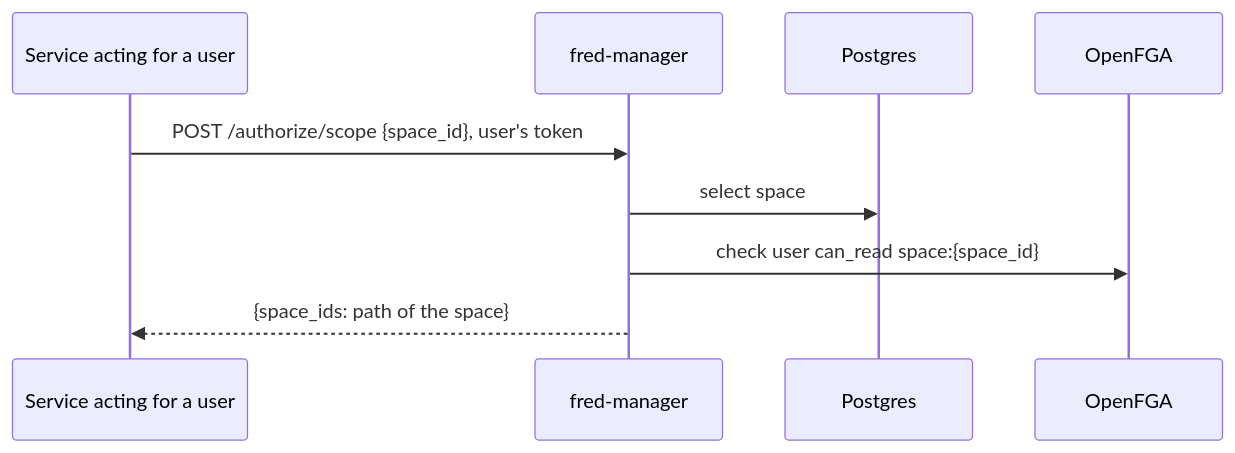
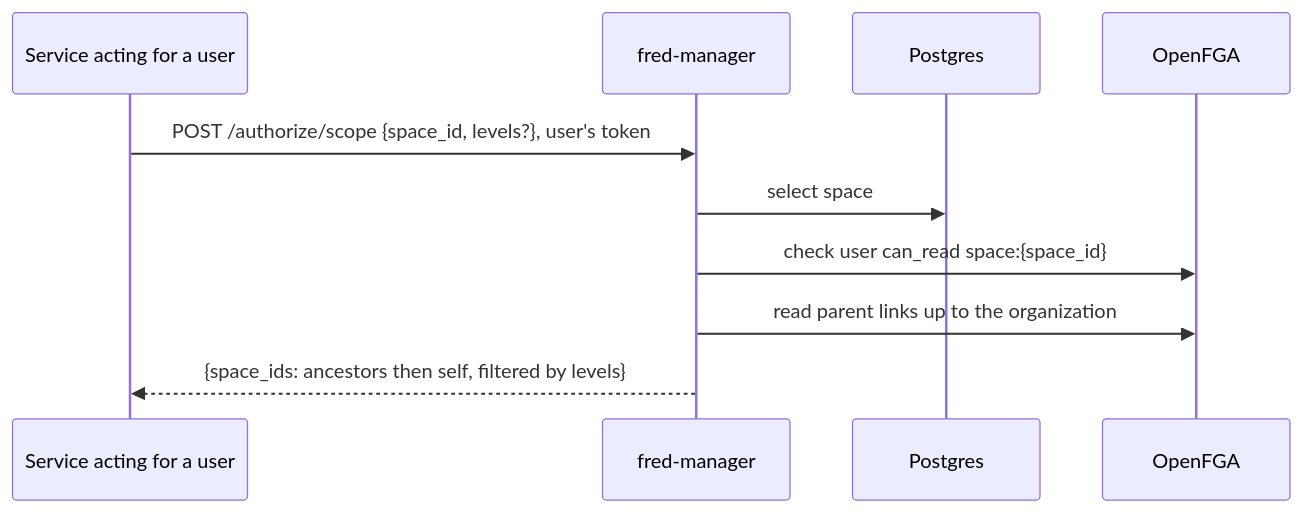
One commit to ThalesGroup/fred changed the fourth of 9 diagrams in docs/architecture/A1-manager-runtime.md. Above: the diagram before and after it, drawn with Mermaid. The commit also changed other lines of this file and 32 other files, not shown here.

First line of the commit message:
feat(#3092): move the space tree to OpenFGA with descending roles

````diff
--- a/docs/architecture/A1-manager-runtime.md
+++ b/docs/architecture/A1-manager-runtime.md
@@ -173,11 +175,12 @@
 ```mermaid
 sequenceDiagram
     participant S as Service acting for a user
     participant M as fred-manager
     participant PG as Postgres
     participant FGA as OpenFGA
-    S->>M: POST /authorize/scope {space_id}, user's token
+    S->>M: POST /authorize/scope {space_id, levels?}, user's token
     M->>PG: select space
     M->>FGA: check user can_read space:{space_id}
-    M-->>S: {space_ids: path of the space}
+    M->>FGA: read parent links up to the organization
+    M-->>S: {space_ids: ancestors then self, filtered by levels}
 ```
````
